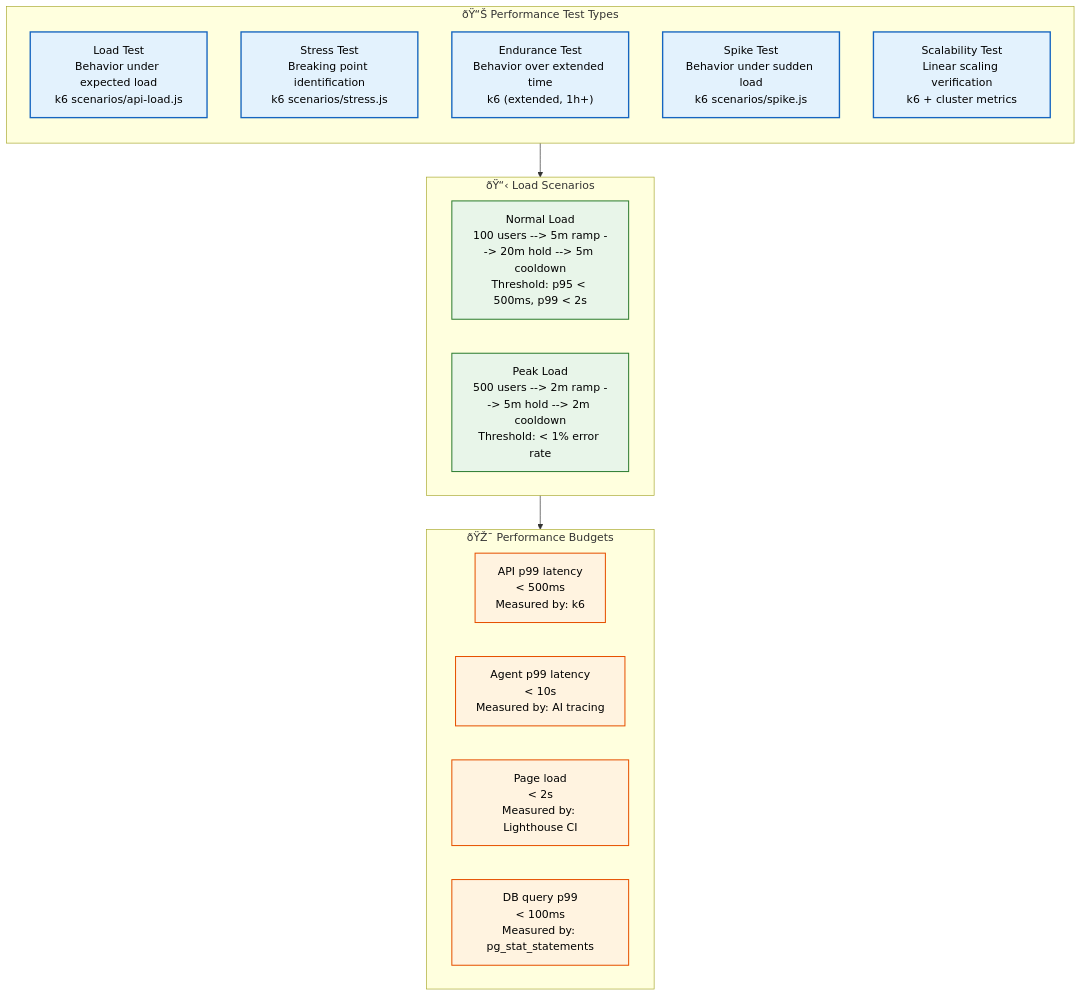
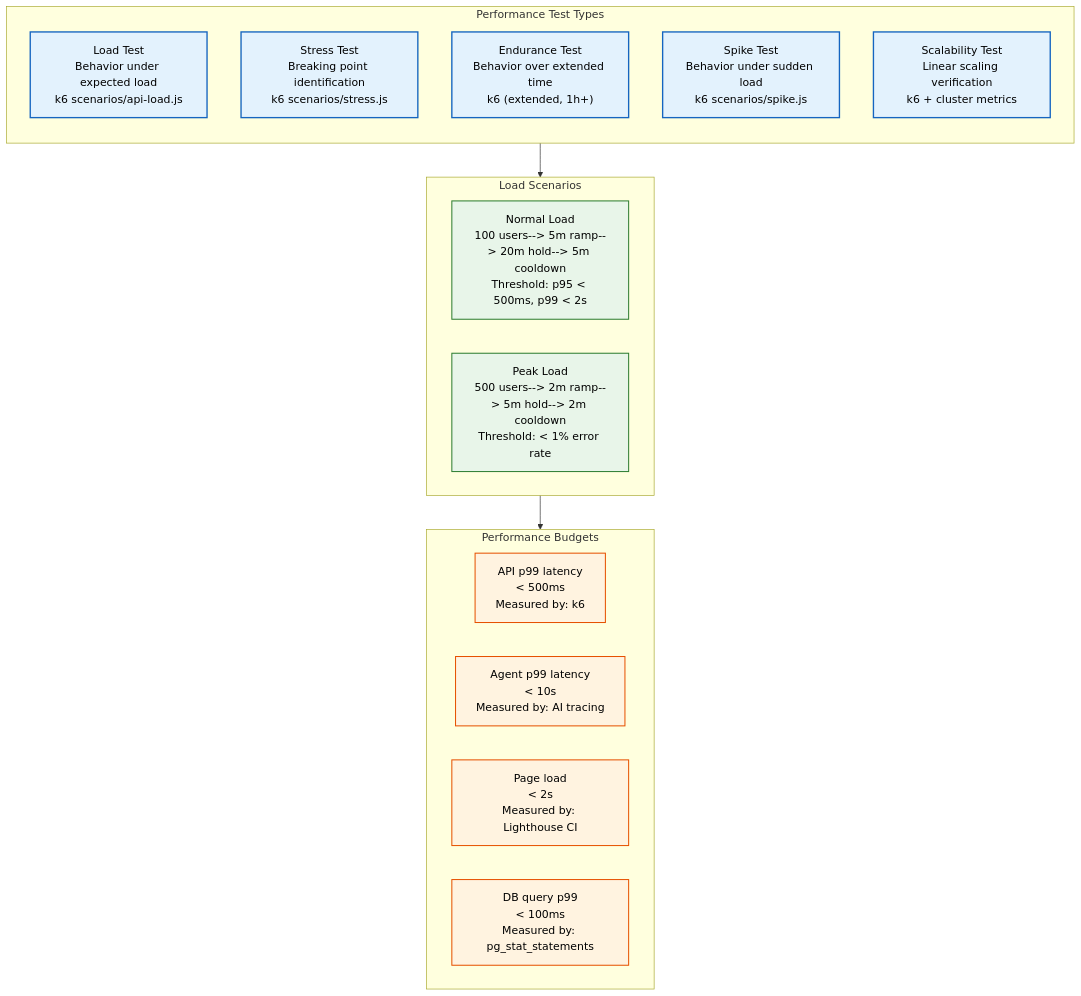
Before and after one commit to Driftloom/Vaeloom: the first of 2 diagrams in docs/testing/Performance-Testing.md, drawn with Mermaid. The commit also changed other lines of this file and 694 other files, not shown here.

First line of the commit message:
docs: mermaid standardization — encoding/mermaid/duplicate cleanup

````diff
--- a/docs/testing/Performance-Testing.md
+++ b/docs/testing/Performance-Testing.md
@@ -8,33 +8,33 @@
 ```mermaid
 graph TD
-    classDef type fill:#e3f2fd,stroke:#1565c0,color:#000,stroke-width:2px
-    classDef scenario fill:#e8f5e9,stroke:#2e7d32,color:#000,stroke-width:1.5px
-    classDef budget fill:#fff3e0,stroke:#e65100,color:#000,stroke-width:1.5px
+ classDef type fill:#e3f2fd,stroke:#1565c0,color:#000,stroke-width:2px
+ classDef scenario fill:#e8f5e9,stroke:#2e7d32,color:#000,stroke-width:1.5px
+ classDef budget fill:#fff3e0,stroke:#e65100,color:#000,stroke-width:1.5px
 
-    subgraph Types["ðŸ“Š Performance Test Types"]
-        direction TB
-        T1["Load Test<br/>Behavior under expected load<br/>k6 scenarios/api-load.js"]
-        T2["Stress Test<br/>Breaking point identification<br/>k6 scenarios/stress.js"]
-        T3["Endurance Test<br/>Behavior over extended time<br/>k6 (extended, 1h+)"]
-        T4["Spike Test<br/>Behavior under sudden load<br/>k6 scenarios/spike.js"]
-        T5["Scalability Test<br/>Linear scaling verification<br/>k6 + cluster metrics"]
-    end
+ subgraph Types["Performance Test Types"]
+ direction TB
+ T1["Load Test<br/>Behavior under expected load<br/>k6 scenarios/api-load.js"]
+ T2["Stress Test<br/>Breaking point identification<br/>k6 scenarios/stress.js"]
+ T3["Endurance Test<br/>Behavior over extended time<br/>k6 (extended, 1h+)"]
+ T4["Spike Test<br/>Behavior under sudden load<br/>k6 scenarios/spike.js"]
+ T5["Scalability Test<br/>Linear scaling verification<br/>k6 + cluster metrics"]
+ end
 
-    subgraph Scenarios["ðŸ“‹ Load Scenarios"]
-        S1["Normal Load<br/>100 users --> 5m ramp --> 20m hold --> 5m cooldown<br/>Threshold: p95 < 500ms, p99 < 2s"]
-        S2["Peak Load<br/>500 users --> 2m ramp --> 5m hold --> 2m cooldown<br/>Threshold: < 1% error rate"]
-    end
+ subgraph Scenarios["Load Scenarios"]
+ S1["Normal Load<br/>100 users--> 5m ramp--> 20m hold--> 5m cooldown<br/>Threshold: p95 < 500ms, p99 < 2s"]
+ S2["Peak Load<br/>500 users--> 2m ramp--> 5m hold--> 2m cooldown<br/>Threshold: < 1% error rate"]
+ end
 
-    subgraph Budgets["ðŸŽ¯ Performance Budgets"]
-        B1["API p99 latency<br/>< 500ms<br/>Measured by: k6"]
-        B2["Agent p99 latency<br/>< 10s<br/>Measured by: AI tracing"]
-        B3["Page load<br/>< 2s<br/>Measured by: Lighthouse CI"]
-        B4["DB query p99<br/>< 100ms<br/>Measured by: pg_stat_statements"]
-    end
+ subgraph Budgets["Performance Budgets"]
+ B1["API p99 latency<br/>< 500ms<br/>Measured by: k6"]
+ B2["Agent p99 latency<br/>< 10s<br/>Measured by: AI tracing"]
+ B3["Page load<br/>< 2s<br/>Measured by: Lighthouse CI"]
+ B4["DB query p99<br/>< 100ms<br/>Measured by: pg_stat_statements"]
+ end
 
-    Types --> Scenarios --> Budgets
+ Types--> Scenarios--> Budgets
 
-    class T1,T2,T3,T4,T5 type
-    class S1,S2 scenario
-    class B1,B2,B3,B4 budget
+ class T1,T2,T3,T4,T5 type
+ class S1,S2 scenario
+ class B1,B2,B3,B4 budget
 ```
````
